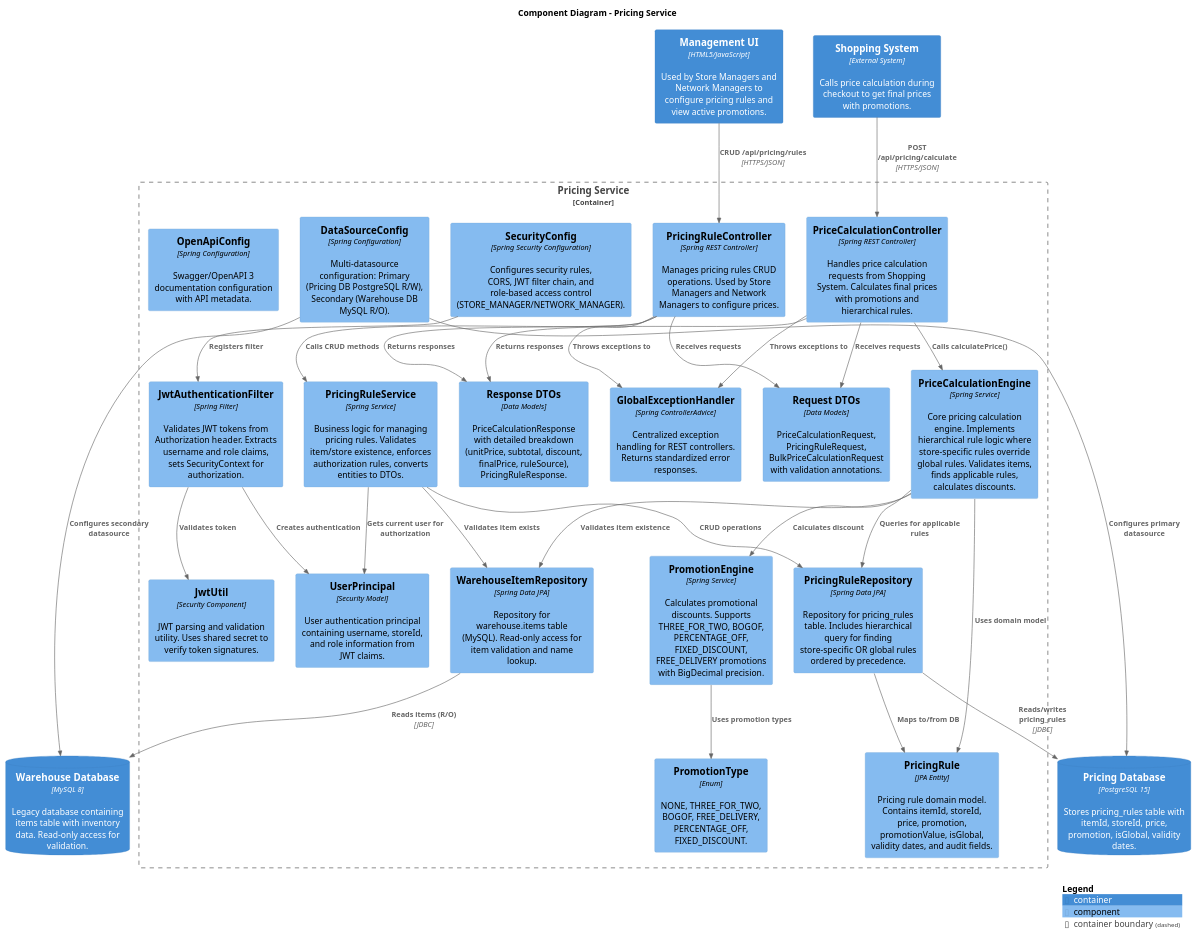
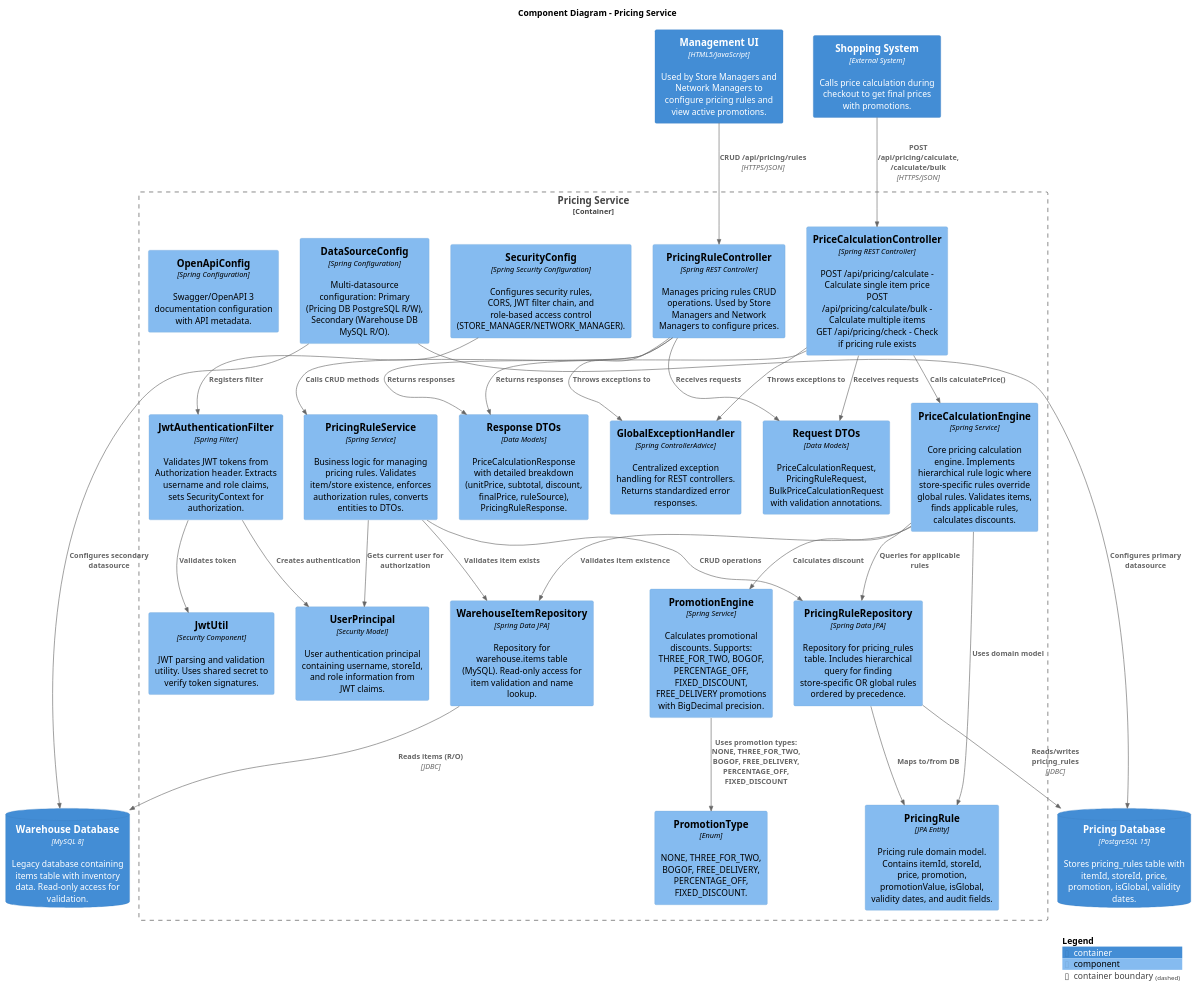
One commit to Alex180504/DE-store changed the diagram in Docs/pricing-service/component.puml. Above: the diagram before and after it, drawn with PlantUML. The commit also changed 21 other files, not shown here.

Commit message:
More UML diagrams

```diff
--- a/Docs/pricing-service/component.puml
+++ b/Docs/pricing-service/component.puml
@@ -1,76 +1,76 @@
 @startuml pricing-service-component
 !include ../c4-plantuml/C4_Component.puml
 
 title Component Diagram - Pricing Service
 
 LAYOUT_WITH_LEGEND()
 
 Container_Boundary(pricing_service, "Pricing Service") {
     
-    Component(price_calc_ctrl, "PriceCalculationController", "Spring REST Controller", "Handles price calculation requests from Shopping System. Calculates final prices with promotions and hierarchical rules.")
+    Component(price_calc_ctrl, "PriceCalculationController", "Spring REST Controller", "POST /api/pricing/calculate - Calculate single item price\nPOST /api/pricing/calculate/bulk - Calculate multiple items\nGET /api/pricing/check - Check if pricing rule exists")
     Component(pricing_rule_ctrl, "PricingRuleController", "Spring REST Controller", "Manages pricing rules CRUD operations. Used by Store Managers and Network Managers to configure prices.")
     Component(global_exception, "GlobalExceptionHandler", "Spring ControllerAdvice", "Centralized exception handling for REST controllers. Returns standardized error responses.")
     
     Component(price_calc_engine, "PriceCalculationEngine", "Spring Service", "Core pricing calculation engine. Implements hierarchical rule logic where store-specific rules override global rules. Validates items, finds applicable rules, calculates discounts.")
-    Component(promotion_engine, "PromotionEngine", "Spring Service", "Calculates promotional discounts. Supports THREE_FOR_TWO, BOGOF, PERCENTAGE_OFF, FIXED_DISCOUNT, FREE_DELIVERY promotions with BigDecimal precision.")
+    Component(promotion_engine, "PromotionEngine", "Spring Service", "Calculates promotional discounts. Supports: THREE_FOR_TWO, BOGOF, PERCENTAGE_OFF, FIXED_DISCOUNT, FREE_DELIVERY promotions with BigDecimal precision.")
     Component(pricing_rule_svc, "PricingRuleService", "Spring Service", "Business logic for managing pricing rules. Validates item/store existence, enforces authorization rules, converts entities to DTOs.")
     
     Component(jwt_filter, "JwtAuthenticationFilter", "Spring Filter", "Validates JWT tokens from Authorization header. Extracts username and role claims, sets SecurityContext for authorization.")
     Component(jwt_util, "JwtUtil", "Security Component", "JWT parsing and validation utility. Uses shared secret to verify token signatures.")
     Component(security_config, "SecurityConfig", "Spring Security Configuration", "Configures security rules, CORS, JWT filter chain, and role-based access control (STORE_MANAGER/NETWORK_MANAGER).")
     Component(user_principal, "UserPrincipal", "Security Model", "User authentication principal containing username, storeId, and role information from JWT claims.")
     
     Component(pricing_rule_repo, "PricingRuleRepository", "Spring Data JPA", "Repository for pricing_rules table. Includes hierarchical query for finding store-specific OR global rules ordered by precedence.")
     Component(warehouse_repo, "WarehouseItemRepository", "Spring Data JPA", "Repository for warehouse.items table (MySQL). Read-only access for item validation and name lookup.")
     
     Component(pricing_rule_entity, "PricingRule", "JPA Entity", "Pricing rule domain model. Contains itemId, storeId, price, promotion, promotionValue, isGlobal, validity dates, and audit fields.")
     Component(dto_request, "Request DTOs", "Data Models", "PriceCalculationRequest, PricingRuleRequest, BulkPriceCalculationRequest with validation annotations.")
     Component(dto_response, "Response DTOs", "Data Models", "PriceCalculationResponse with detailed breakdown (unitPrice, subtotal, discount, finalPrice, ruleSource), PricingRuleResponse.")
     Component(promotion_enum, "PromotionType", "Enum", "NONE, THREE_FOR_TWO, BOGOF, FREE_DELIVERY, PERCENTAGE_OFF, FIXED_DISCOUNT.")
     
     Component(datasource_config, "DataSourceConfig", "Spring Configuration", "Multi-datasource configuration: Primary (Pricing DB PostgreSQL R/W), Secondary (Warehouse DB MySQL R/O).")
     Component(openapi_config, "OpenApiConfig", "Spring Configuration", "Swagger/OpenAPI 3 documentation configuration with API metadata.")
 }
 
 ContainerDb(pricing_db, "Pricing Database", "PostgreSQL 15", "Stores pricing_rules table with itemId, storeId, price, promotion, isGlobal, validity dates.")
 ContainerDb(warehouse_db, "Warehouse Database", "MySQL 8", "Legacy database containing items table with inventory data. Read-only access for validation.")
 
 Container(shopping_system, "Shopping System", "External System", "Calls price calculation during checkout to get final prices with promotions.")
 Container(management_ui, "Management UI", "HTML5/JavaScript", "Used by Store Managers and Network Managers to configure pricing rules and view active promotions.")
 
-Rel(shopping_system, price_calc_ctrl, "POST /api/pricing/calculate", "HTTPS/JSON")
+Rel(shopping_system, price_calc_ctrl, "POST /api/pricing/calculate, /calculate/bulk", "HTTPS/JSON")
 Rel(management_ui, pricing_rule_ctrl, "CRUD /api/pricing/rules", "HTTPS/JSON")
 
 Rel(price_calc_ctrl, price_calc_engine, "Calls calculatePrice()")
 Rel(pricing_rule_ctrl, pricing_rule_svc, "Calls CRUD methods")
 Rel(price_calc_ctrl, global_exception, "Throws exceptions to")
 Rel(pricing_rule_ctrl, global_exception, "Throws exceptions to")
 
 Rel(price_calc_engine, pricing_rule_repo, "Queries for applicable rules")
 Rel(price_calc_engine, warehouse_repo, "Validates item existence")
 Rel(price_calc_engine, promotion_engine, "Calculates discount")
 Rel(pricing_rule_svc, pricing_rule_repo, "CRUD operations")
 Rel(pricing_rule_svc, warehouse_repo, "Validates item exists")
 
 Rel(pricing_rule_repo, pricing_db, "Reads/writes pricing_rules", "JDBC")
 Rel(warehouse_repo, warehouse_db, "Reads items (R/O)", "JDBC")
 
 Rel(jwt_filter, jwt_util, "Validates token")
 Rel(jwt_filter, user_principal, "Creates authentication")
 Rel(security_config, jwt_filter, "Registers filter")
 Rel(pricing_rule_svc, user_principal, "Gets current user for authorization")
 
 Rel(price_calc_engine, pricing_rule_entity, "Uses domain model")
 Rel(pricing_rule_repo, pricing_rule_entity, "Maps to/from DB")
 Rel(price_calc_ctrl, dto_request, "Receives requests")
 Rel(price_calc_ctrl, dto_response, "Returns responses")
 Rel(pricing_rule_ctrl, dto_request, "Receives requests")
 Rel(pricing_rule_ctrl, dto_response, "Returns responses")
-Rel(promotion_engine, promotion_enum, "Uses promotion types")
+Rel(promotion_engine, promotion_enum, "Uses promotion types: NONE, THREE_FOR_TWO, BOGOF, FREE_DELIVERY, PERCENTAGE_OFF, FIXED_DISCOUNT")
 
 Rel(datasource_config, pricing_db, "Configures primary datasource")
 Rel(datasource_config, warehouse_db, "Configures secondary datasource")
 
 SHOW_LEGEND()
 
 @enduml
```
